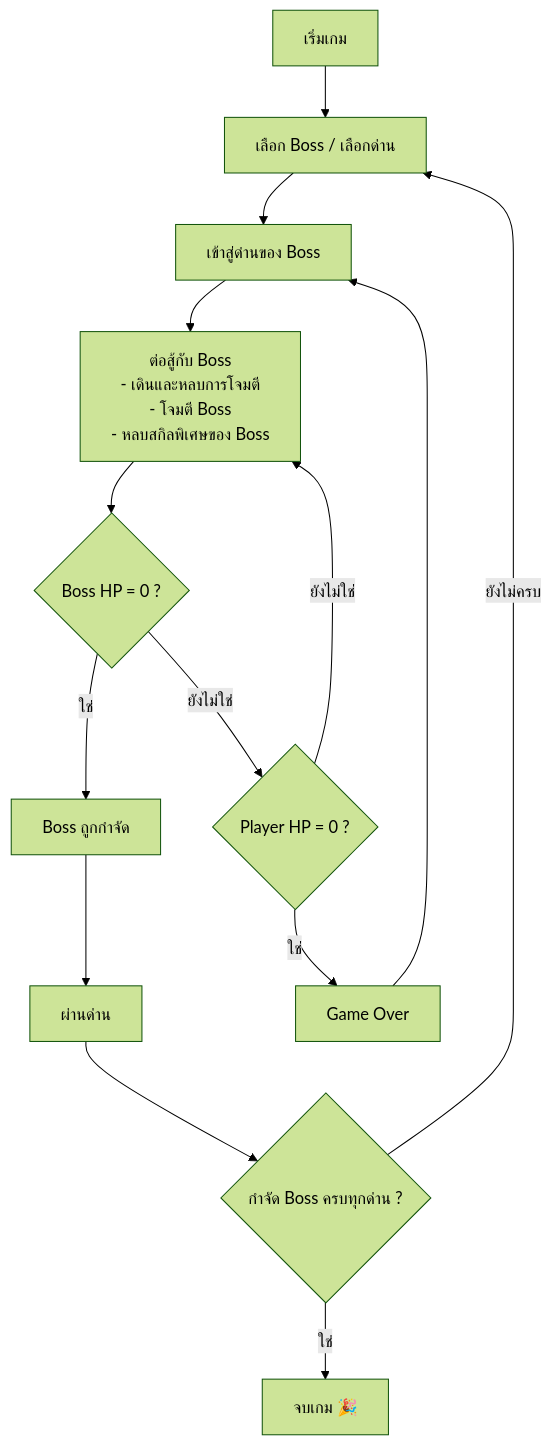
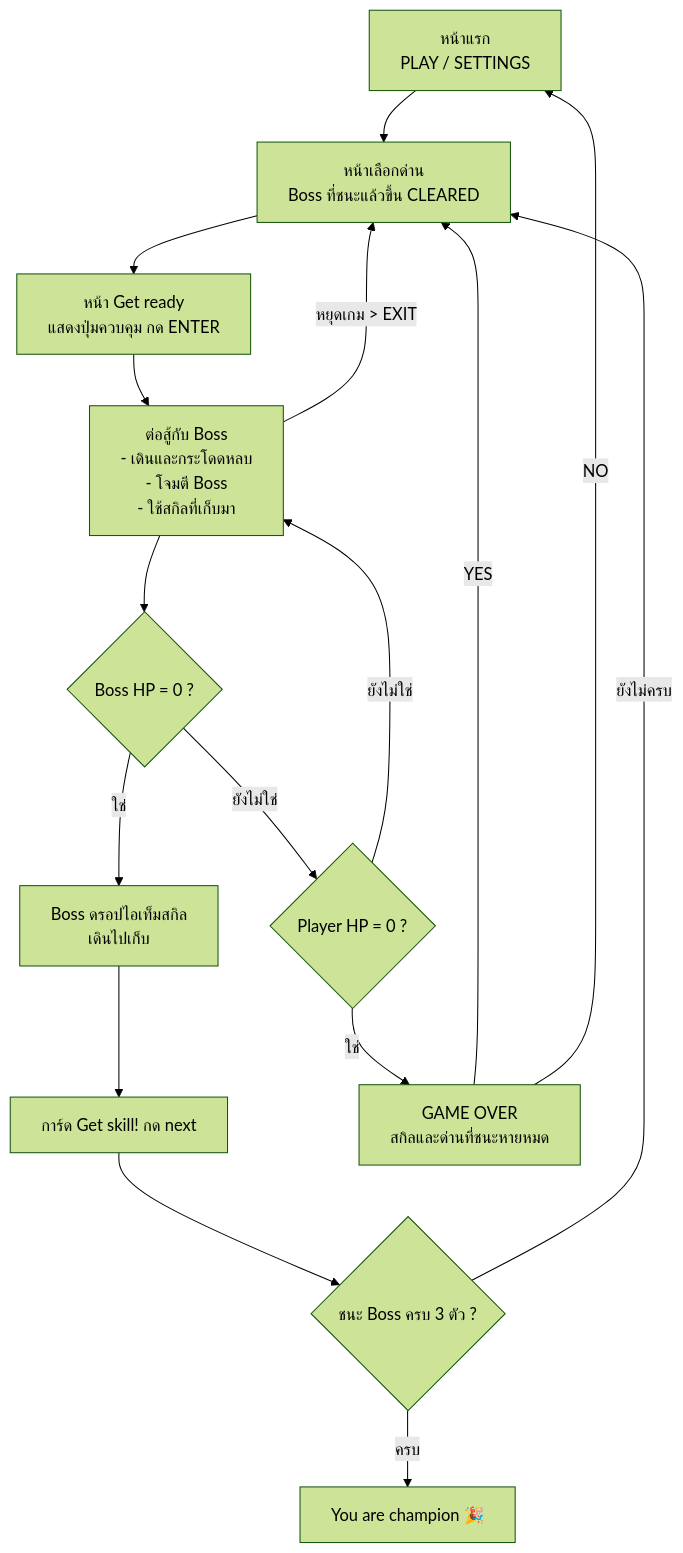
The diagram in README.md (apiluk-036/Liquid-Cat-Battle-of-Ken), drawn with Mermaid (forest theme) before and after one commit. The commit also changed other lines of this file, not shown here.

````diff
--- a/README.md
+++ b/README.md
@@ -25,16 +76,18 @@
 ```mermaid
 flowchart TD
-    A[เริ่มเกม] --> B[เลือก Boss / เลือกด่าน]
-    B --> C[เข้าสู่ด่านของ Boss]
-    C --> D[ต่อสู้กับ Boss<br/>- เดินและหลบการโจมตี<br/>- โจมตี Boss<br/>- หลบสกิลพิเศษของ Boss]
+    A[หน้าแรก<br/>PLAY / SETTINGS] --> B[หน้าเลือกด่าน<br/>Boss ที่ชนะแล้วขึ้น CLEARED]
+    B --> C[หน้า Get ready<br/>แสดงปุ่มควบคุม กด ENTER]
+    C --> D[ต่อสู้กับ Boss<br/>- เดินและกระโดดหลบ<br/>- โจมตี Boss<br/>- ใช้สกิลที่เก็บมา]
     D --> E{Boss HP = 0 ?}
-    E -- ใช่ --> F[Boss ถูกกำจัด]
-    F --> G[ผ่านด่าน]
-    G --> H{กำจัด Boss ครบทุกด่าน ?}
-    H -- ใช่ --> I[จบเกม 🎉]
+    E -- ใช่ --> F[Boss ดรอปไอเท็มสกิล<br/>เดินไปเก็บ]
+    F --> G[การ์ด Get skill! กด next]
+    G --> H{ชนะ Boss ครบ 3 ตัว ?}
     H -- ยังไม่ครบ --> B
+    H -- ครบ --> I[You are champion 🎉]
     E -- ยังไม่ใช่ --> J{Player HP = 0 ?}
     J -- ยังไม่ใช่ --> D
-    J -- ใช่ --> K[Game Over]
-    K --> C
+    J -- ใช่ --> K[GAME OVER<br/>สกิลและด่านที่ชนะหายหมด]
+    K -- YES --> B
+    K -- NO --> A
+    D -- หยุดเกม > EXIT --> B
 ```
````
